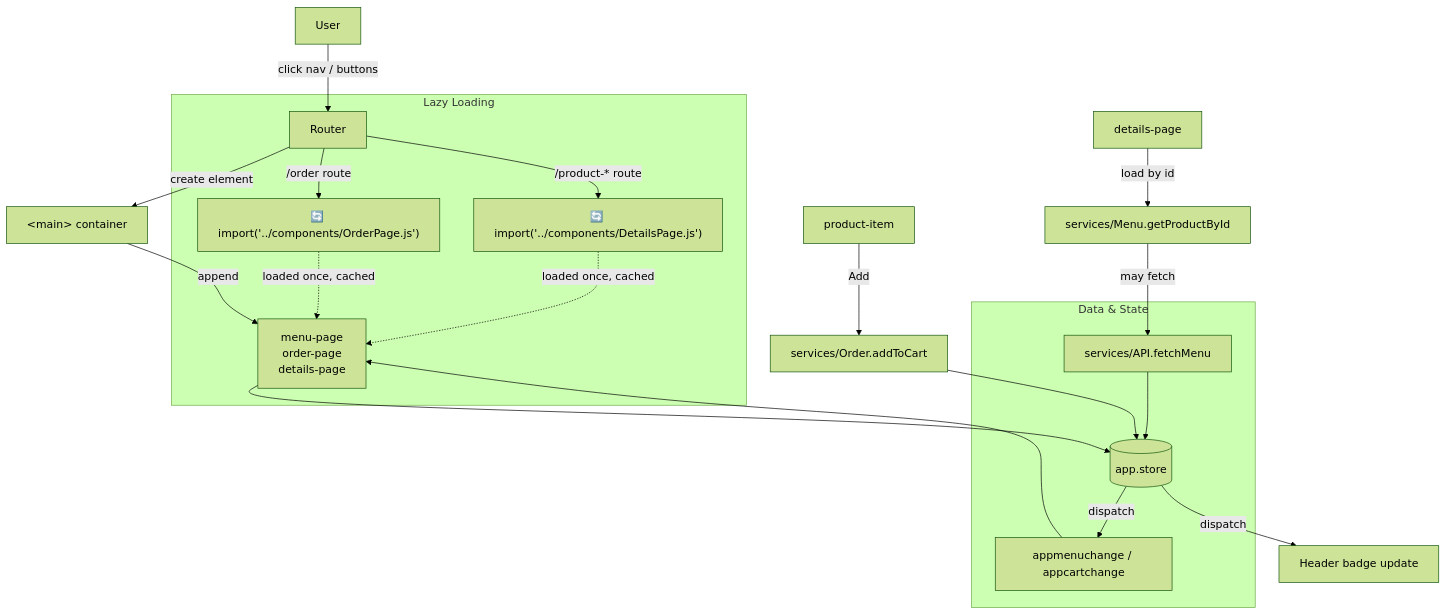
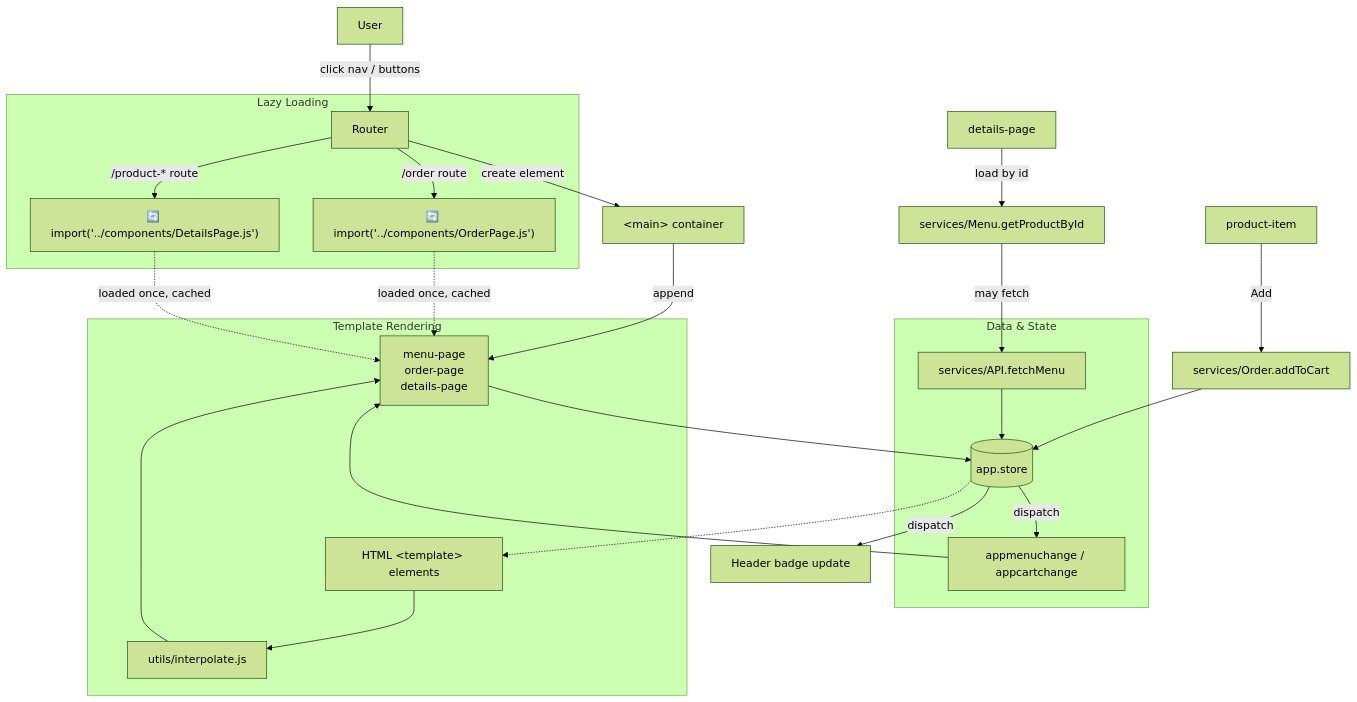
The first of 6 diagrams in README.md (Shinkei/spa-web-patterns), drawn with Mermaid (forest theme) before and after one commit. The commit also changed other lines of this file, not shown here.

Commit message:
add documentation for the template interpolation

````diff
--- a/README.md
+++ b/README.md
@@ -56,31 +56,40 @@
 ```mermaid
 flowchart TD
   U[User] -->|click nav / buttons| R[Router]
   R -->|create element| Main["&lt;main&gt; container"]
   Main -->|append| Page["menu-page<br/>order-page<br/>details-page"]
 
   subgraph "Data & State"
     API[services/API.fetchMenu]
     Store[(app.store)]
     Events["appmenuchange / appcartchange"]
+  end
+
+  subgraph "Template Rendering"
+    Templates["HTML &lt;template&gt; elements"]
+    Interpolate["utils/interpolate.js"]
+    Templates --> Interpolate
+    Interpolate --> Page
   end
 
   subgraph "Lazy Loading"
     R -->|"/order route"| LO["🔄 import('../components/OrderPage.js')"]
     R -->|"/product-* route"| LD["🔄 import('../components/DetailsPage.js')"]
     LO -.->|loaded once, cached| Page
     LD -.->|loaded once, cached| Page
   end
 
   Page --> Store
   Store -- dispatch --> Events
   Events --> Page
 
   PI[product-item] -->|Add| OrderSvc[services/Order.addToCart]
   OrderSvc --> Store
   Store -- dispatch --> Badge[Header badge update]
 
   Details[details-page] -->|load by id| MenuSvc[services/Menu.getProductById]
   MenuSvc -->|may fetch| API
   API --> Store
+  
+  Store -.-> Templates
 ```
````
